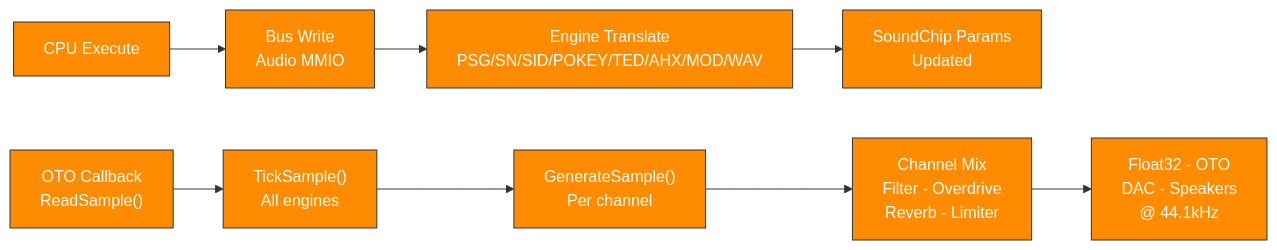
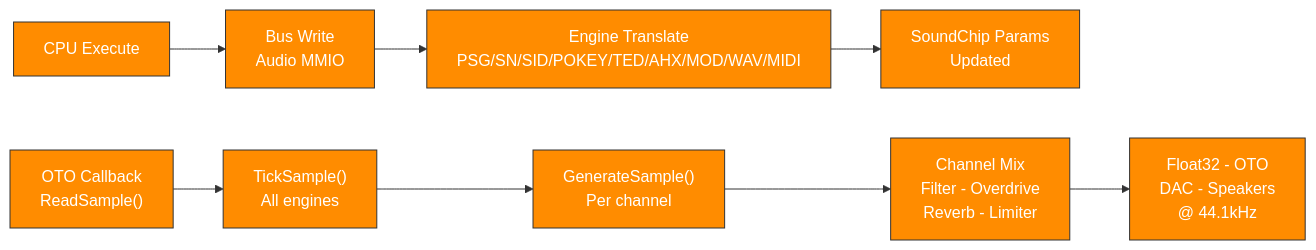
Before and after one commit to IntuitionAmiga/IntuitionEngine: diagram 11 of 12 in sdk/docs/architecture.md, drawn with Mermaid. The commit also changed other lines of this file and 32 other files, not shown here.

````diff
--- a/sdk/docs/architecture.md
+++ b/sdk/docs/architecture.md
@@ -1146,18 +1152,18 @@
 ```mermaid
 graph LR
     EX["CPU Execute"]
     BW["Bus Write<br/>Audio MMIO"]
-    ET["Engine Translate<br/>PSG/SN/SID/POKEY/TED/AHX/MOD/WAV"]
+    ET["Engine Translate<br/>PSG/SN/SID/POKEY/TED/AHX/MOD/WAV/MIDI"]
     SC["SoundChip Params<br/>Updated"]
     OTO["OTO Callback<br/>ReadSample()"]
     TS["TickSample()<br/>All engines"]
     GS["GenerateSample()<br/>Per channel"]
     MIX["Channel Mix<br/>Filter - Overdrive<br/>Reverb - Limiter"]
     DAC["Float32 - OTO<br/>DAC - Speakers<br/>@ 44.1kHz"]
 
     EX --> BW --> ET --> SC
     OTO --> TS --> GS --> MIX --> DAC
 
     classDef flow fill:#FF8C00,stroke:#333,color:#fff
     class EX,BW,ET,SC,OTO,TS,GS,MIX,DAC flow
 ```
````
